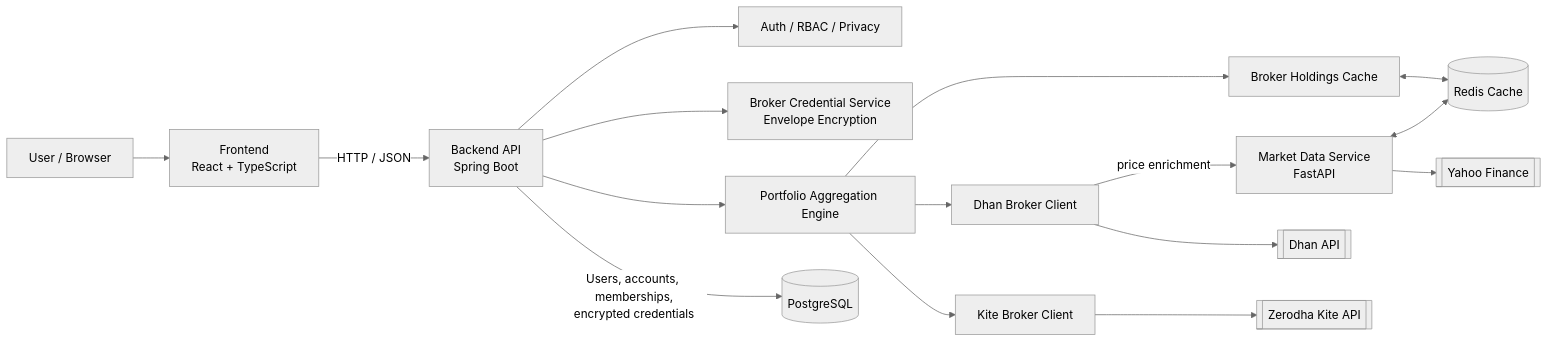
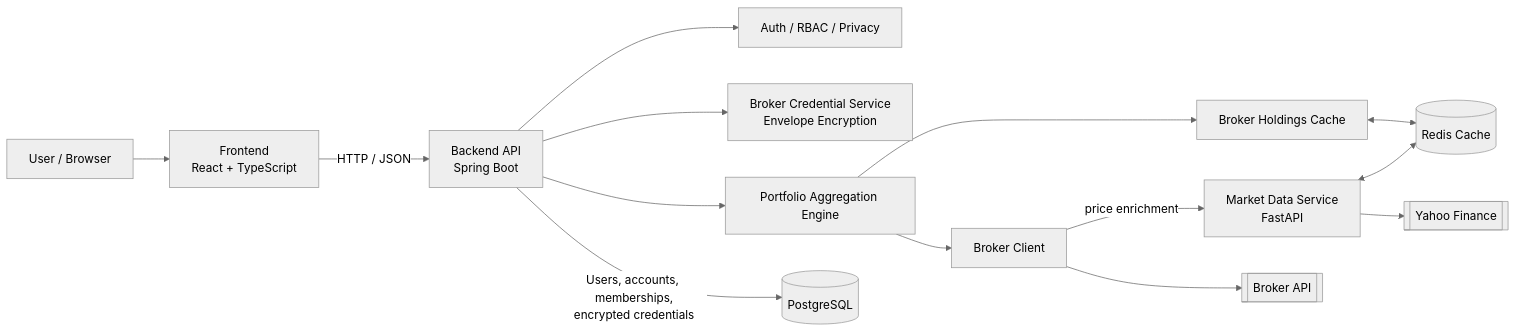
One commit to marmik2001/Brokerhub changed the diagram in README.md. Above: the diagram before and after it, drawn with Mermaid (neutral theme).

Commit message:
diagram update

````diff
--- a/README.md
+++ b/README.md
@@ -42,34 +42,30 @@
 ```mermaid
 flowchart LR
     U[User / Browser]
     F[Frontend<br/>React + TypeScript]
     B[Backend API<br/>Spring Boot]
     A[Auth / RBAC / Privacy]
     C[Broker Credential Service<br/>Envelope Encryption]
     P[Portfolio Aggregation Engine]
     H[Broker Holdings Cache]
-    DH[Dhan Broker Client]
-    K[Kite Broker Client]
+    BC[Broker Client]
     M[Market Data Service<br/>FastAPI]
     R[(Redis Cache)]
     DB[(PostgreSQL)]
-    DA[[Dhan API]]
-    KA[[Zerodha Kite API]]
+    BA[[Broker API]]
     YF[[Yahoo Finance]]
 
     U --> F
     F -->|HTTP / JSON| B
     B --> A
     B --> C
     B --> P
     B -->|Users, accounts, memberships,<br/>encrypted credentials| DB
     P --> H
     H <--> R
-    P --> DH
-    P --> K
-    DH --> DA
-    K --> KA
-    DH -->|price enrichment| M
+    P --> BC
+    BC --> BA
+    BC -->|price enrichment| M
     M <--> R
     M --> YF
 ```
````
